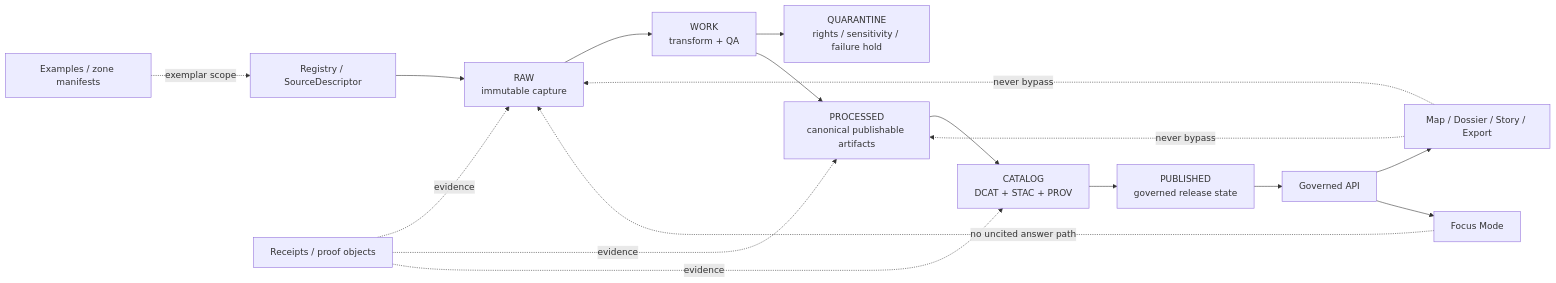
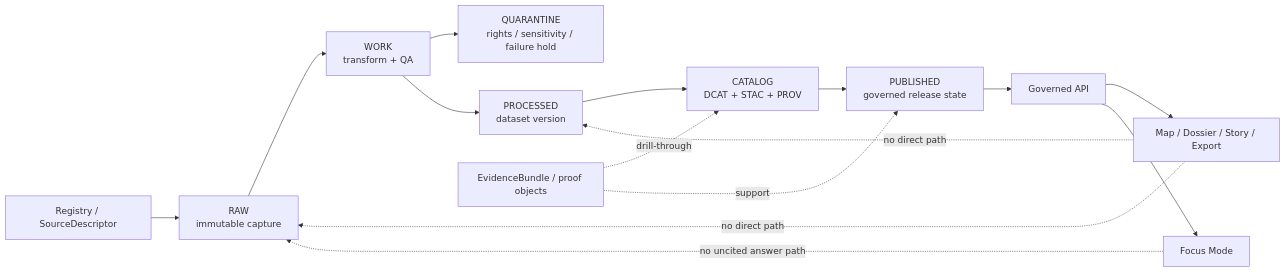
Before and after one commit to bartytime4life/Kansas-Frontier-Matrix: the diagram in data/README.md, drawn with Mermaid. The commit also changed other lines of this file, not shown here.

````diff
--- a/data/README.md
+++ b/data/README.md
@@ -264,21 +283,20 @@
 ```mermaid
 flowchart LR
     REG[Registry / SourceDescriptor] --> RAW[RAW<br/>immutable capture]
     RAW --> WORK[WORK<br/>transform + QA]
     WORK --> QUAR[QUARANTINE<br/>rights / sensitivity / failure hold]
-    WORK --> PROC[PROCESSED<br/>canonical publishable artifacts]
+    WORK --> PROC[PROCESSED<br/>dataset version]
     PROC --> CAT[CATALOG<br/>DCAT + STAC + PROV]
     CAT --> PUB[PUBLISHED<br/>governed release state]
+
     PUB --> API[Governed API]
     API --> UI[Map / Dossier / Story / Export]
     API --> FOCUS[Focus Mode]
 
-    REC[Receipts / proof objects] -. evidence .-> RAW
-    REC -. evidence .-> PROC
-    REC -. evidence .-> CAT
-    EX[Examples / zone manifests] -. exemplar scope .-> REG
+    EVD[EvidenceBundle / proof objects] -. drill-through .-> CAT
+    EVD -. support .-> PUB
 
-    UI -. never bypass .-> RAW
-    UI -. never bypass .-> PROC
+    UI -. no direct path .-> RAW
+    UI -. no direct path .-> PROC
     FOCUS -. no uncited answer path .-> RAW
 ```
````
